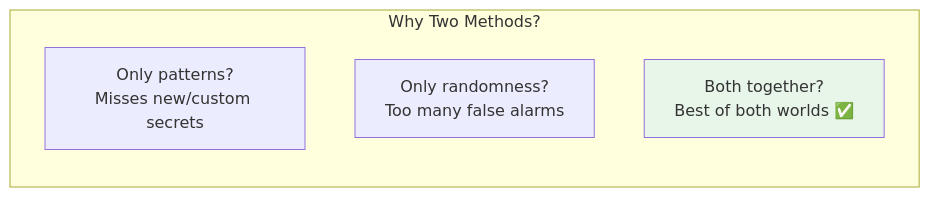
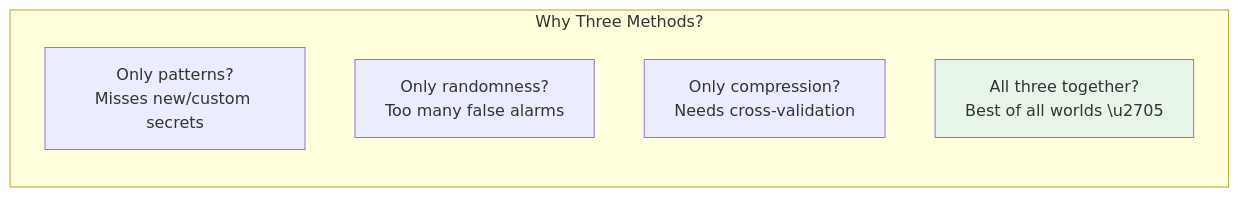
Diagram 22 of 22 in docs/training/00-System-Design-Simple-Overview.md (svemulapati/CredVigil), drawn with Mermaid before and after one commit. The commit also changed other lines of this file and 8 other files, not shown here.

````diff
--- a/docs/training/00-System-Design-Simple-Overview.md
+++ b/docs/training/00-System-Design-Simple-Overview.md
@@ -679,10 +717,11 @@
 ```mermaid
 flowchart LR
-    subgraph WHY["Why Two Methods?"]
+    subgraph WHY["Why Three Methods?"]
         O["Only patterns?\nMisses new/custom secrets"]
         T["Only randomness?\nToo many false alarms"]
-        B["Both together?\nBest of both worlds ✅"]
+        C["Only compression?\nNeeds cross-validation"]
+        B["All three together?\nBest of all worlds \u2705"]
     end
 
     style B fill:#e8f5e9
 ```
````
